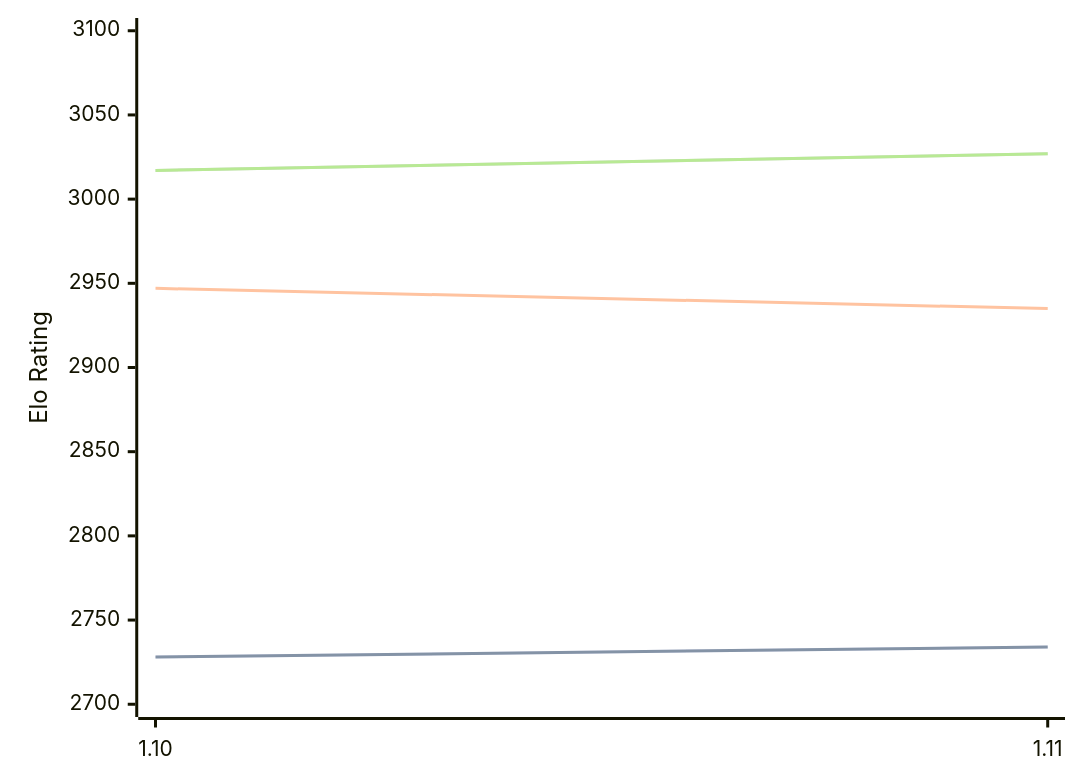
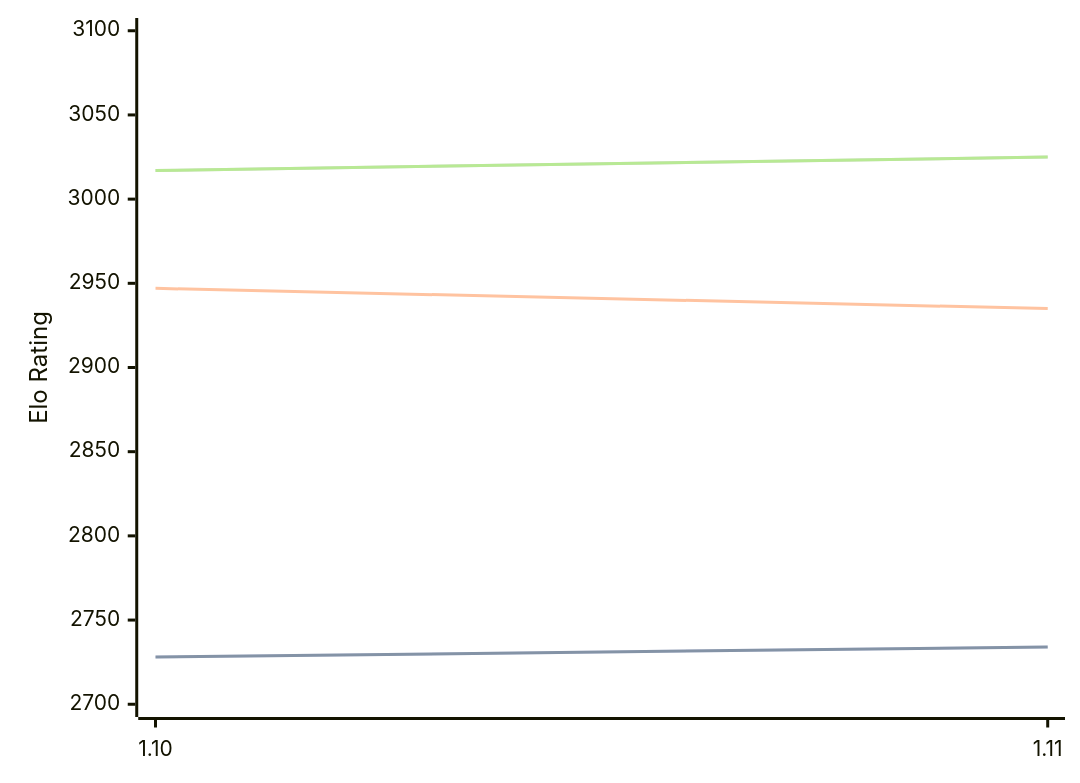
One commit to computer-chess-index/cci changed the diagram in engines/Roc.md. Above: the diagram before and after it, drawn with Mermaid. The commit also changed other lines of this file, not shown here.

Commit message:
Update CCI Ratings (ELO VLTC) - 2026-07-29

````diff
--- a/engines/Roc.md
+++ b/engines/Roc.md
@@ -65,11 +65,11 @@
 ```mermaid
 %%{init: {"theme":"base","themeVariables":{"seriesColors:['#a3a3a3','#222221','#faa371']}}}%%
 xychart-beta
   x-axis ["1.10", "1.11"]
   y-axis "Elo Rating" 2700 --> 3100
   line "STC (8.0+0.08s)" [2728, 2734]
   line "STC (8.0+0.08s)" [2728, 2734]
   line "LTC (60.0+0.60s)" [2947, 2935]
-  line "VLTC (2m24s+1.12s)" [3017, 3027]
-  line "VLTC (2m24s+1.12s)" [3017, 3027]
+  line "VLTC (2m24s+1.12s)" [3017, 3025]
+  line "VLTC (2m24s+1.12s)" [3017, 3025]
 ```
````
